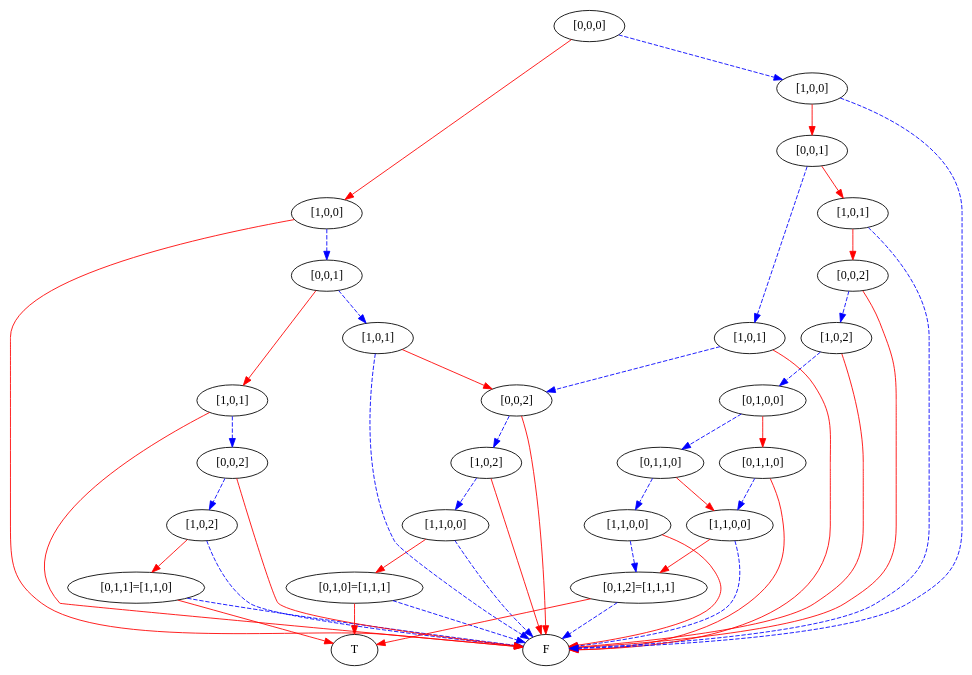
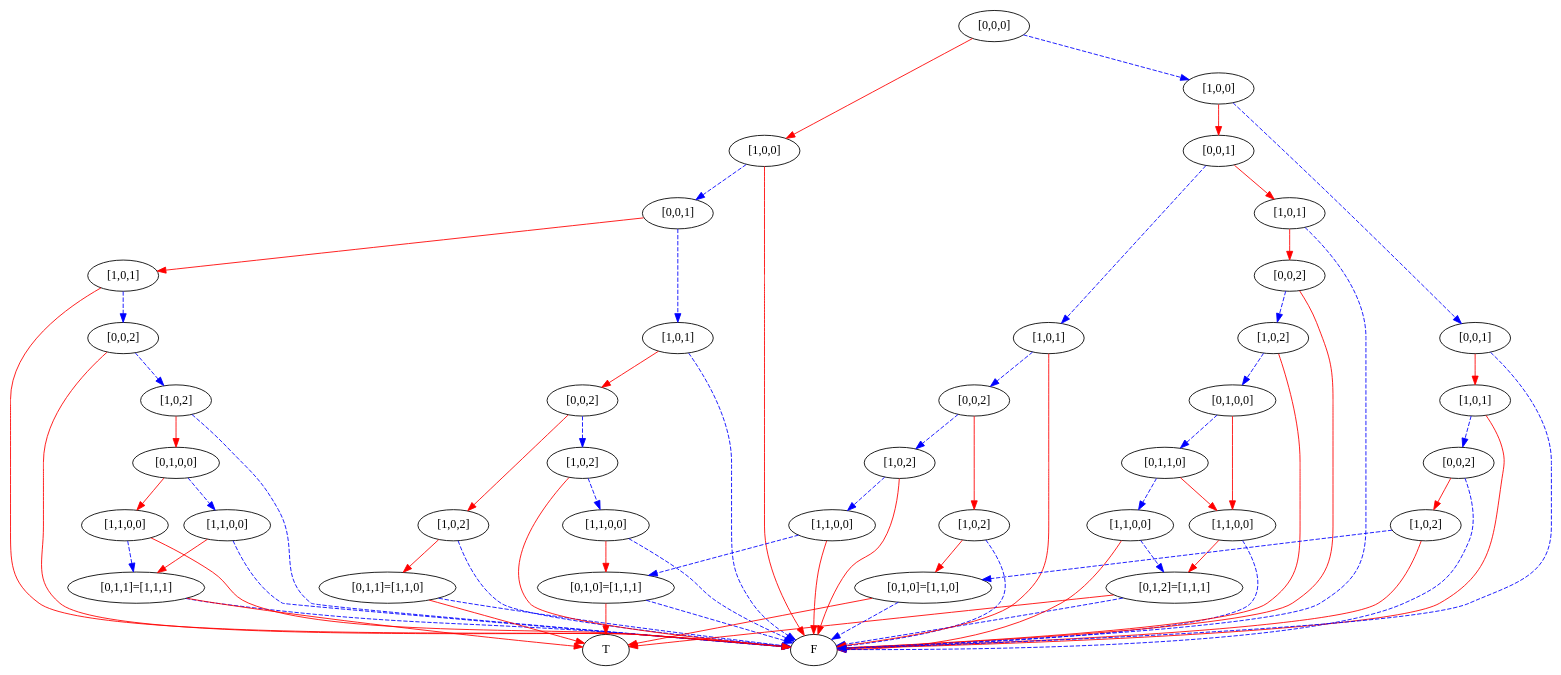
The diagram in simpleProgram1.dot (mburyakov/minxmod), drawn with Graphviz before and after one commit. The commit also changed 6 other files, not shown here.

```diff
--- a/simpleProgram1.dot
+++ b/simpleProgram1.dot
@@ -1,100 +1,152 @@
 digraph {
     1 [label=F];
     2 [label=T];
-    3 [label="[0,1,1]=[1,1,0]"];
-    4 [label="[1,0,2]"];
-    5 [label="[0,0,2]"];
-    6 [label="[1,0,1]"];
-    7 [label="[0,1,0]=[1,1,1]"];
-    8 [label="[1,1,0,0]"];
-    9 [label="[1,0,2]"];
-    10 [label="[0,0,2]"];
-    11 [label="[1,0,1]"];
-    12 [label="[0,0,1]"];
-    13 [label="[1,0,0]"];
-    14 [label="[0,1,2]=[1,1,1]"];
-    15 [label="[1,1,0,0]"];
-    16 [label="[0,1,1,0]"];
-    17 [label="[1,1,0,0]"];
-    18 [label="[0,1,1,0]"];
-    19 [label="[0,1,0,0]"];
-    20 [label="[1,0,2]"];
-    21 [label="[0,0,2]"];
-    22 [label="[1,0,1]"];
-    23 [label="[1,0,1]"];
-    24 [label="[0,0,1]"];
-    25 [label="[1,0,0]"];
-    26 [label="[0,0,0]"];
+    3 [label="[0,1,1]=[1,1,1]"];
+    4 [label="[1,1,0,0]"];
+    5 [label="[1,1,0,0]"];
+    6 [label="[0,1,0,0]"];
+    7 [label="[1,0,2]"];
+    8 [label="[0,0,2]"];
+    9 [label="[1,0,1]"];
+    10 [label="[0,1,1]=[1,1,0]"];
+    11 [label="[1,0,2]"];
+    12 [label="[0,1,0]=[1,1,1]"];
+    13 [label="[1,1,0,0]"];
+    14 [label="[1,0,2]"];
+    15 [label="[0,0,2]"];
+    16 [label="[1,0,1]"];
+    17 [label="[0,0,1]"];
+    18 [label="[1,0,0]"];
+    19 [label="[0,1,2]=[1,1,1]"];
+    20 [label="[1,1,0,0]"];
+    21 [label="[1,1,0,0]"];
+    22 [label="[0,1,1,0]"];
+    23 [label="[0,1,0,0]"];
+    24 [label="[1,0,2]"];
+    25 [label="[0,0,2]"];
+    26 [label="[1,0,1]"];
+    27 [label="[0,1,0]=[1,1,0]"];
+    28 [label="[1,0,2]"];
+    29 [label="[1,1,0,0]"];
+    30 [label="[1,0,2]"];
+    31 [label="[0,0,2]"];
+    32 [label="[1,0,1]"];
+    33 [label="[0,0,1]"];
+    34 [label="[1,0,2]"];
+    35 [label="[0,0,2]"];
+    36 [label="[1,0,1]"];
+    37 [label="[0,0,1]"];
+    38 [label="[1,0,0]"];
+    39 [label="[0,0,0]"];
     3 -> 1 [style=dashed
            ,color=blue];
     3 -> 2 [color=red];
-    4 -> 3 [color=red];
-    4 -> 1 [style=dashed
+    4 -> 3 [style=dashed
            ,color=blue];
-    5 -> 4 [style=dashed
+    4 -> 1 [color=red];
+    5 -> 3 [color=red];
+    5 -> 1 [style=dashed
            ,color=blue];
-    5 -> 1 [color=red];
+    6 -> 4 [color=red];
     6 -> 5 [style=dashed
            ,color=blue];
-    6 -> 1 [color=red];
+    7 -> 6 [color=red];
     7 -> 1 [style=dashed
            ,color=blue];
-    7 -> 2 [color=red];
-    8 -> 7 [color=red];
-    8 -> 1 [style=dashed
+    8 -> 7 [style=dashed
            ,color=blue];
+    8 -> 1 [color=red];
     9 -> 8 [style=dashed
            ,color=blue];
     9 -> 1 [color=red];
-    10 -> 9 [style=dashed
+    10 -> 1 [style=dashed
             ,color=blue];
-    10 -> 1 [color=red];
+    10 -> 2 [color=red];
     11 -> 10 [color=red];
     11 -> 1 [style=dashed
             ,color=blue];
-    12 -> 6 [color=red];
-    12 -> 11 [style=dashed
+    12 -> 1 [style=dashed
+            ,color=blue];
+    12 -> 2 [color=red];
+    13 -> 12 [color=red];
+    13 -> 1 [style=dashed
+            ,color=blue];
+    14 -> 13 [style=dashed
              ,color=blue];
-    13 -> 12 [style=dashed
+    14 -> 1 [color=red];
+    15 -> 11 [color=red];
+    15 -> 14 [style=dashed
              ,color=blue];
-    13 -> 1 [color=red];
-    14 -> 1 [style=dashed
+    16 -> 15 [color=red];
+    16 -> 1 [style=dashed
             ,color=blue];
-    14 -> 2 [color=red];
-    15 -> 14 [color=red];
-    15 -> 1 [style=dashed
-            ,color=blue];
-    16 -> 15 [style=dashed
+    17 -> 9 [color=red];
+    17 -> 16 [style=dashed
              ,color=blue];
-    16 -> 1 [color=red];
-    17 -> 14 [style=dashed
-             ,color=blue];
-    17 -> 1 [color=red];
-    18 -> 15 [color=red];
     18 -> 17 [style=dashed
              ,color=blue];
-    19 -> 16 [color=red];
-    19 -> 18 [style=dashed
-             ,color=blue];
-    20 -> 19 [style=dashed
-             ,color=blue];
-    20 -> 1 [color=red];
-    21 -> 20 [style=dashed
+    18 -> 1 [color=red];
+    19 -> 1 [style=dashed
+            ,color=blue];
+    19 -> 2 [color=red];
+    20 -> 19 [color=red];
+    20 -> 1 [style=dashed
+            ,color=blue];
+    21 -> 19 [style=dashed
              ,color=blue];
     21 -> 1 [color=red];
-    22 -> 21 [color=red];
-    22 -> 1 [style=dashed
-            ,color=blue];
-    23 -> 10 [style=dashed
+    22 -> 20 [color=red];
+    22 -> 21 [style=dashed
              ,color=blue];
-    23 -> 1 [color=red];
-    24 -> 22 [color=red];
+    23 -> 20 [color=red];
+    23 -> 22 [style=dashed
+             ,color=blue];
     24 -> 23 [style=dashed
              ,color=blue];
-    25 -> 24 [color=red];
-    25 -> 1 [style=dashed
+    24 -> 1 [color=red];
+    25 -> 24 [style=dashed
+             ,color=blue];
+    25 -> 1 [color=red];
+    26 -> 25 [color=red];
+    26 -> 1 [style=dashed
             ,color=blue];
-    26 -> 13 [color=red];
-    26 -> 25 [style=dashed
+    27 -> 1 [style=dashed
+            ,color=blue];
+    27 -> 2 [color=red];
+    28 -> 27 [color=red];
+    28 -> 1 [style=dashed
+            ,color=blue];
+    29 -> 12 [style=dashed
+             ,color=blue];
+    29 -> 1 [color=red];
+    30 -> 29 [style=dashed
+             ,color=blue];
+    30 -> 1 [color=red];
+    31 -> 28 [color=red];
+    31 -> 30 [style=dashed
+             ,color=blue];
+    32 -> 31 [style=dashed
+             ,color=blue];
+    32 -> 1 [color=red];
+    33 -> 26 [color=red];
+    33 -> 32 [style=dashed
+             ,color=blue];
+    34 -> 27 [style=dashed
+             ,color=blue];
+    34 -> 1 [color=red];
+    35 -> 34 [color=red];
+    35 -> 1 [style=dashed
+            ,color=blue];
+    36 -> 35 [style=dashed
+             ,color=blue];
+    36 -> 1 [color=red];
+    37 -> 36 [color=red];
+    37 -> 1 [style=dashed
+            ,color=blue];
+    38 -> 33 [color=red];
+    38 -> 37 [style=dashed
+             ,color=blue];
+    39 -> 18 [color=red];
+    39 -> 38 [style=dashed
              ,color=blue];
 }
```
